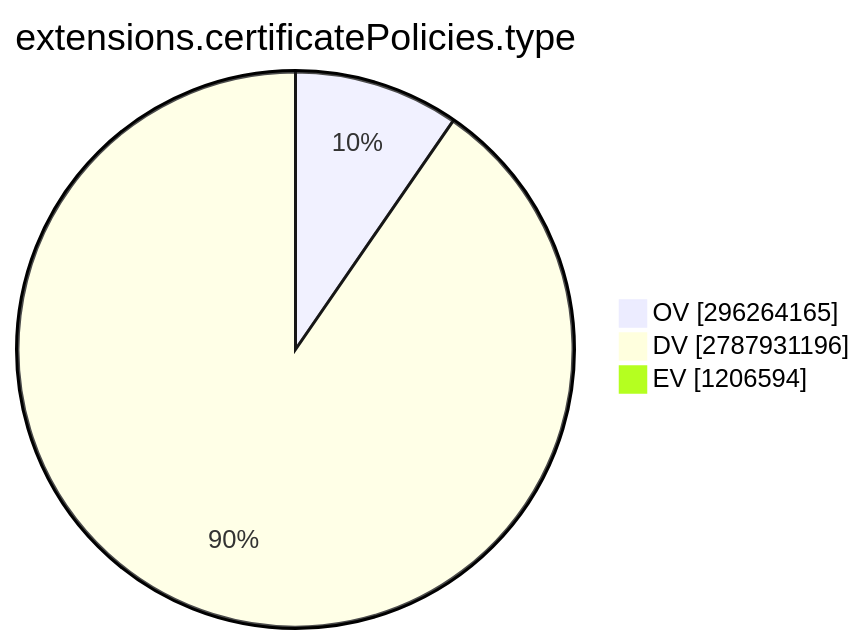
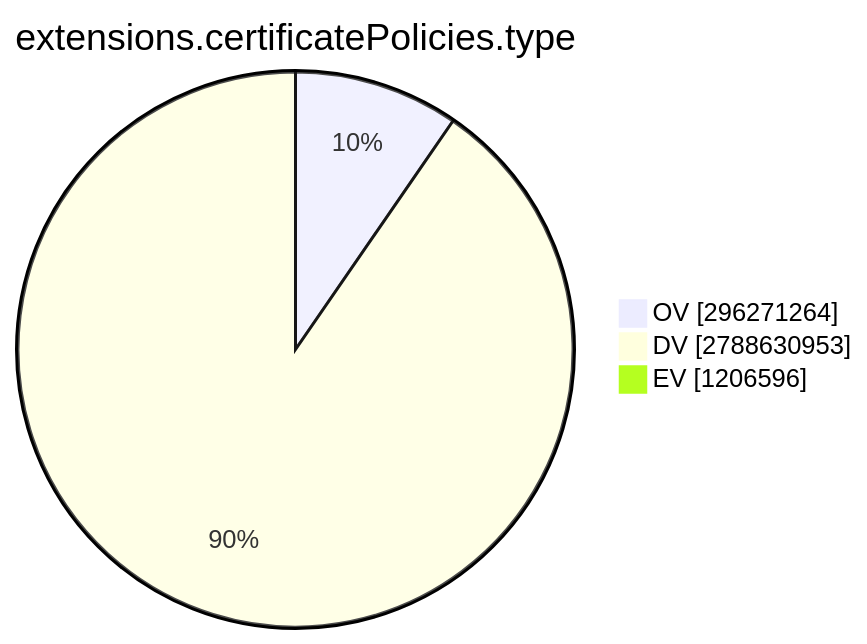
The ninth of 15 diagrams in TOTAL/README.md (christiankrug/ctmonitor_visualization), drawn with Mermaid before and after one commit. The commit also changed other lines of this file, not shown here.

````diff
--- a/TOTAL/README.md
+++ b/TOTAL/README.md
@@ -3099,7 +3099,7 @@
 ```mermaid
 pie showData
 title extensions.certificatePolicies.type
-"OV" :296264165
-"DV" :2787931196
-"EV" :1206594
+"OV" :296271264
+"DV" :2788630953
+"EV" :1206596
 ```
````
